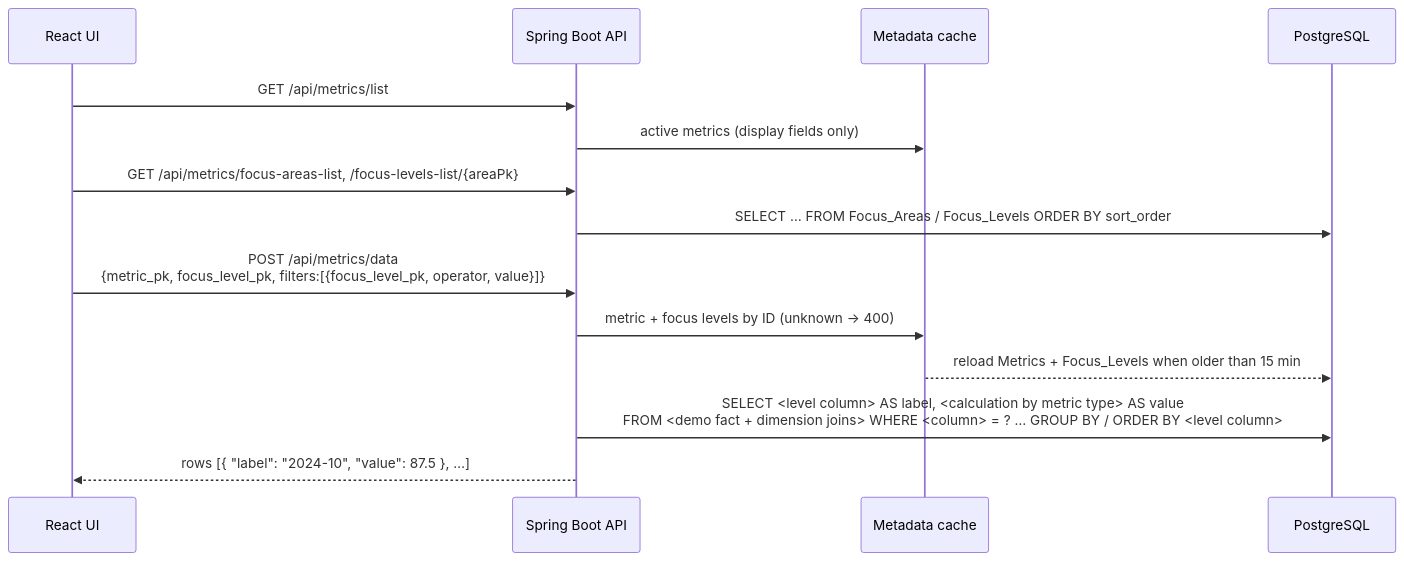
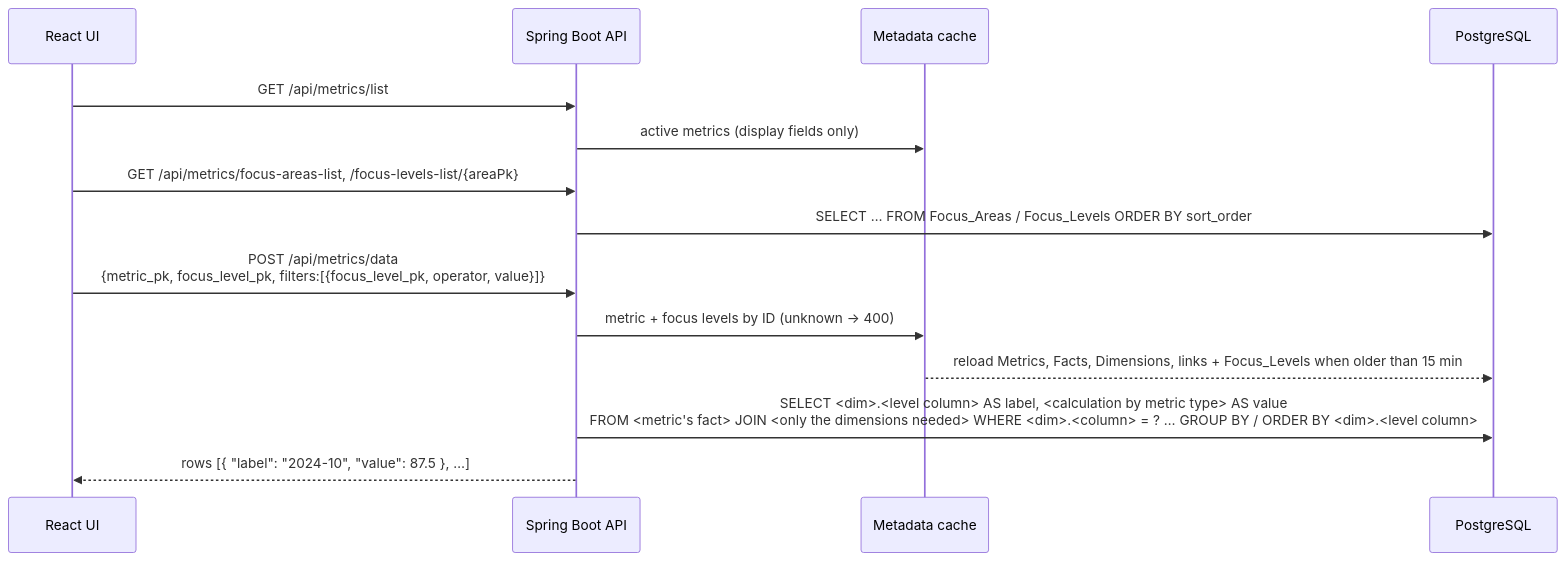
The fourth of 4 diagrams in REST/docs/OVERVIEW.md (mjshoemake/prism), drawn with Mermaid before and after one commit. The commit also changed other lines of this file and 15 other files, not shown here.

````diff
--- a/REST/docs/OVERVIEW.md
+++ b/REST/docs/OVERVIEW.md
@@ -376,16 +376,16 @@
 ```mermaid
 sequenceDiagram
     participant UI as React UI
     participant API as Spring Boot API
     participant Cache as Metadata cache
     participant DB as PostgreSQL
     UI->>API: GET /api/metrics/list
     API->>Cache: active metrics (display fields only)
     UI->>API: GET /api/metrics/focus-areas-list, /focus-levels-list/{areaPk}
     API->>DB: SELECT … FROM Focus_Areas / Focus_Levels ORDER BY sort_order
     UI->>API: POST /api/metrics/data<br/>{metric_pk, focus_level_pk, filters:[{focus_level_pk, operator, value}]}
     API->>Cache: metric + focus levels by ID (unknown → 400)
-    Cache-->>DB: reload Metrics + Focus_Levels when older than 15 min
-    API->>DB: SELECT <level column> AS label, <calculation by metric type> AS value<br/>FROM <demo fact + dimension joins> WHERE <column> = ? … GROUP BY / ORDER BY <level column>
+    Cache-->>DB: reload Metrics, Facts, Dimensions, links + Focus_Levels when older than 15 min
+    API->>DB: SELECT <dim>.<level column> AS label, <calculation by metric type> AS value<br/>FROM <metric's fact> JOIN <only the dimensions needed> WHERE <dim>.<column> = ? … GROUP BY / ORDER BY <dim>.<level column>
     API-->>UI: rows [{ "label": "2024-10", "value": 87.5 }, …]
 ```
````
